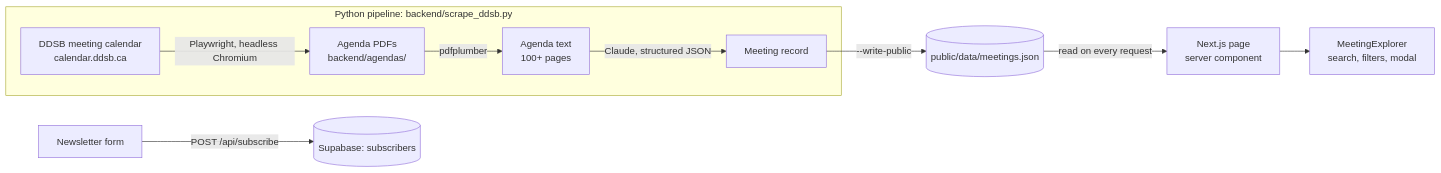
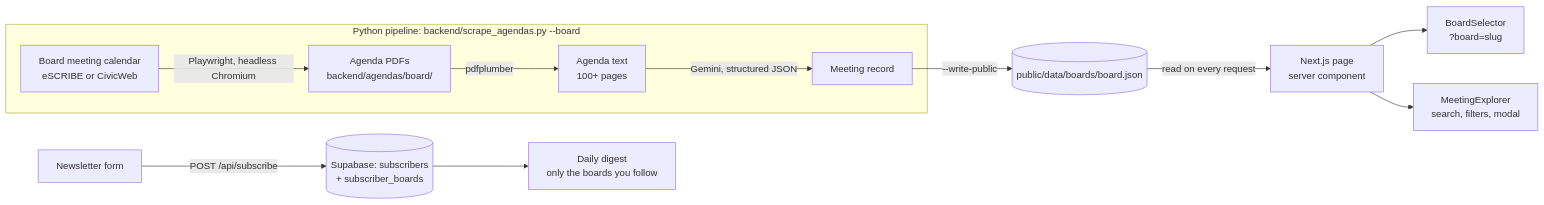
Before and after one commit to asad-9dev/civicpulse: the diagram in README.md, drawn with Mermaid. The commit also changed other lines of this file and 28 other files, not shown here.

First line of the commit message:
Expand CivicPulse from DDSB to Ontario-wide multi-board

````diff
--- a/README.md
+++ b/README.md
@@ -117,12 +174,14 @@
 ```mermaid
 flowchart LR
-  subgraph pipeline ["Python pipeline: backend/scrape_ddsb.py"]
-    A[DDSB meeting calendar<br/>calendar.ddsb.ca] -->|Playwright, headless Chromium| B[Agenda PDFs<br/>backend/agendas/]
+  subgraph pipeline ["Python pipeline: backend/scrape_agendas.py --board <slug>"]
+    A[Board meeting calendar<br/>eSCRIBE or CivicWeb] -->|Playwright, headless Chromium| B[Agenda PDFs<br/>backend/agendas/board/]
     B -->|pdfplumber| C[Agenda text<br/>100+ pages]
-    C -->|Claude, structured JSON| D[Meeting record]
+    C -->|Gemini, structured JSON| D[Meeting record]
   end
-  D -->|--write-public| E[(public/data/meetings.json)]
+  D -->|--write-public| E[(public/data/boards/board.json)]
   E -->|read on every request| F[Next.js page<br/>server component]
-  F --> G[MeetingExplorer<br/>search, filters, modal]
-  H[Newsletter form] -->|POST /api/subscribe| I[(Supabase: subscribers)]
+  F --> G[BoardSelector<br/>?board=slug]
+  F --> H[MeetingExplorer<br/>search, filters, modal]
+  I[Newsletter form] -->|POST /api/subscribe| J[(Supabase: subscribers<br/>+ subscriber_boards)]
+  J --> K[Daily digest<br/>only the boards you follow]
 ```
````
